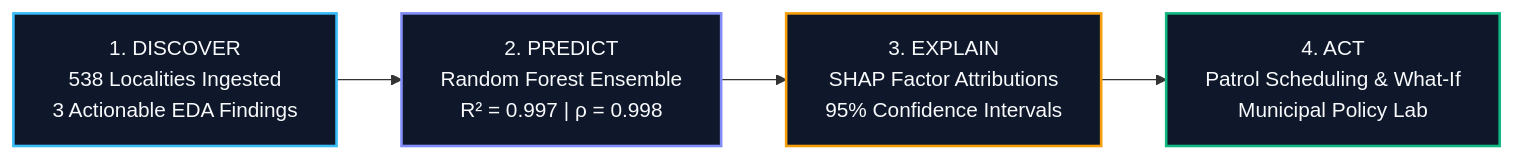
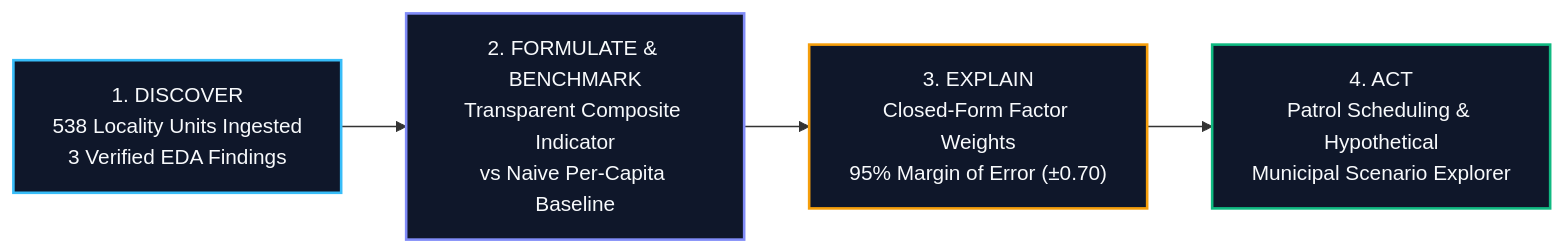
The diagram in README.md (JaivalKatira/citypulse-mumbai), drawn with Mermaid before and after one commit. The commit also changed other lines of this file and 9 other files, not shown here.

````diff
--- a/README.md
+++ b/README.md
@@ -15,11 +15,11 @@
 ```mermaid
 flowchart LR
-    A["1. DISCOVER\n538 Localities Ingested\n3 Actionable EDA Findings"] --> B["2. PREDICT\nRandom Forest Ensemble\nR² = 0.997 | ρ = 0.998"]
-    B --> C["3. EXPLAIN\nSHAP Factor Attributions\n95% Confidence Intervals"]
-    C --> D["4. ACT\nPatrol Scheduling & What-If\nMunicipal Policy Lab"]
+    A["1. DISCOVER\n538 Locality Units Ingested\n3 Verified EDA Findings"] --> B["2. FORMULATE & BENCHMARK\nTransparent Composite Indicator\nvs Naive Per-Capita Baseline"]
+    B --> C["3. EXPLAIN\nClosed-Form Factor Weights\n95% Margin of Error (±0.70)"]
+    C --> D["4. ACT\nPatrol Scheduling & Hypothetical\nMunicipal Scenario Explorer"]
     
     style A fill:#0f172a,stroke:#38bdf8,stroke-width:2px,color:#f8fafc
     style B fill:#0f172a,stroke:#818cf8,stroke-width:2px,color:#f8fafc
     style C fill:#0f172a,stroke:#f59e0b,stroke-width:2px,color:#f8fafc
     style D fill:#0f172a,stroke:#10b981,stroke-width:2px,color:#f8fafc
 ```
````
